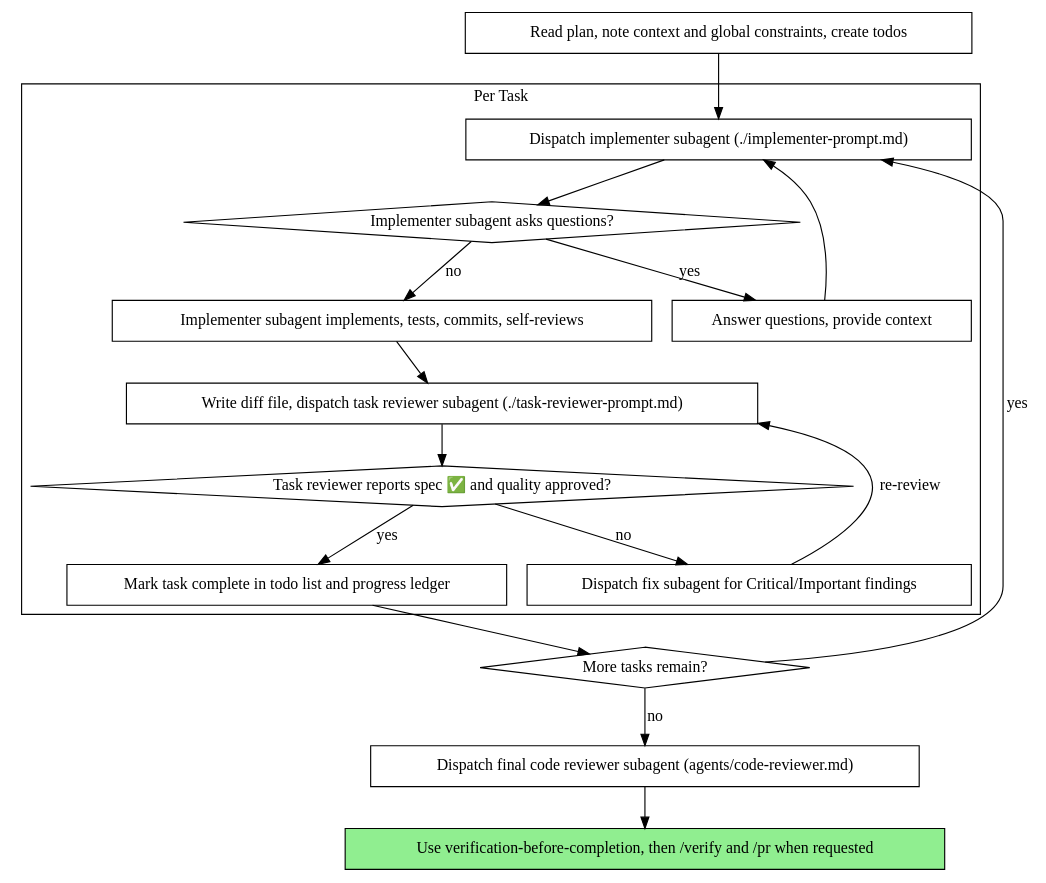
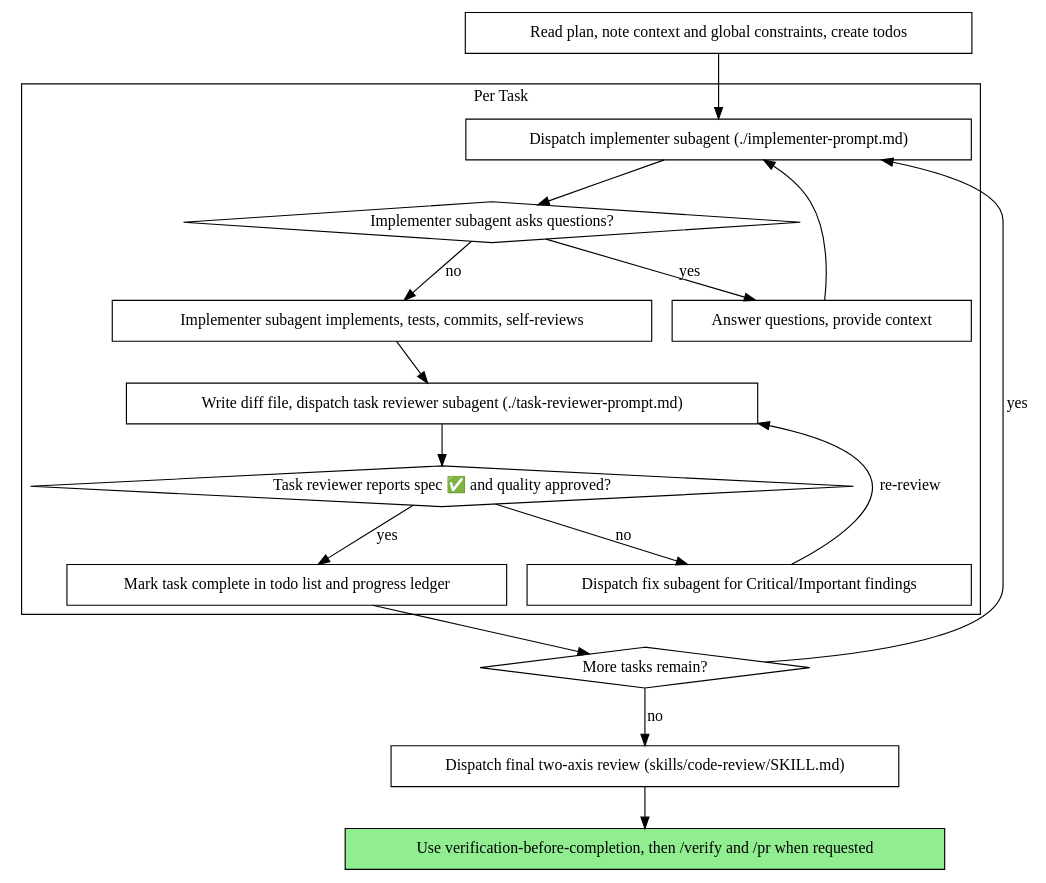
Before and after one commit to xu91102/claude-everything-Workflow: the second of 2 diagrams in skills/subagent-driven-development/SKILL.md, drawn with Graphviz. The commit also changed other lines of this file and 69 other files, not shown here.

````diff
--- a/skills/subagent-driven-development/SKILL.md
+++ b/skills/subagent-driven-development/SKILL.md
@@ -47,37 +47,37 @@
 ```dot
 digraph process {
     rankdir=TB;
 
     subgraph cluster_per_task {
         label="Per Task";
         "Dispatch implementer subagent (./implementer-prompt.md)" [shape=box];
         "Implementer subagent asks questions?" [shape=diamond];
         "Answer questions, provide context" [shape=box];
         "Implementer subagent implements, tests, commits, self-reviews" [shape=box];
         "Write diff file, dispatch task reviewer subagent (./task-reviewer-prompt.md)" [shape=box];
         "Task reviewer reports spec ✅ and quality approved?" [shape=diamond];
         "Dispatch fix subagent for Critical/Important findings" [shape=box];
         "Mark task complete in todo list and progress ledger" [shape=box];
     }
 
     "Read plan, note context and global constraints, create todos" [shape=box];
     "More tasks remain?" [shape=diamond];
-    "Dispatch final code reviewer subagent (agents/code-reviewer.md)" [shape=box];
+    "Dispatch final two-axis review (skills/code-review/SKILL.md)" [shape=box];
     "Use verification-before-completion, then /verify and /pr when requested" [shape=box style=filled fillcolor=lightgreen];
 
     "Read plan, note context and global constraints, create todos" -> "Dispatch implementer subagent (./implementer-prompt.md)";
     "Dispatch implementer subagent (./implementer-prompt.md)" -> "Implementer subagent asks questions?";
     "Implementer subagent asks questions?" -> "Answer questions, provide context" [label="yes"];
     "Answer questions, provide context" -> "Dispatch implementer subagent (./implementer-prompt.md)";
     "Implementer subagent asks questions?" -> "Implementer subagent implements, tests, commits, self-reviews" [label="no"];
     "Implementer subagent implements, tests, commits, self-reviews" -> "Write diff file, dispatch task reviewer subagent (./task-reviewer-prompt.md)";
     "Write diff file, dispatch task reviewer subagent (./task-reviewer-prompt.md)" -> "Task reviewer reports spec ✅ and quality approved?";
     "Task reviewer reports spec ✅ and quality approved?" -> "Dispatch fix subagent for Critical/Important findings" [label="no"];
     "Dispatch fix subagent for Critical/Important findings" -> "Write diff file, dispatch task reviewer subagent (./task-reviewer-prompt.md)" [label="re-review"];
     "Task reviewer reports spec ✅ and quality approved?" -> "Mark task complete in todo list and progress ledger" [label="yes"];
     "Mark task complete in todo list and progress ledger" -> "More tasks remain?";
     "More tasks remain?" -> "Dispatch implementer subagent (./implementer-prompt.md)" [label="yes"];
-    "More tasks remain?" -> "Dispatch final code reviewer subagent (agents/code-reviewer.md)" [label="no"];
-    "Dispatch final code reviewer subagent (agents/code-reviewer.md)" -> "Use verification-before-completion, then /verify and /pr when requested";
+    "More tasks remain?" -> "Dispatch final two-axis review (skills/code-review/SKILL.md)" [label="no"];
+    "Dispatch final two-axis review (skills/code-review/SKILL.md)" -> "Use verification-before-completion, then /verify and /pr when requested";
 }
 ```
````
